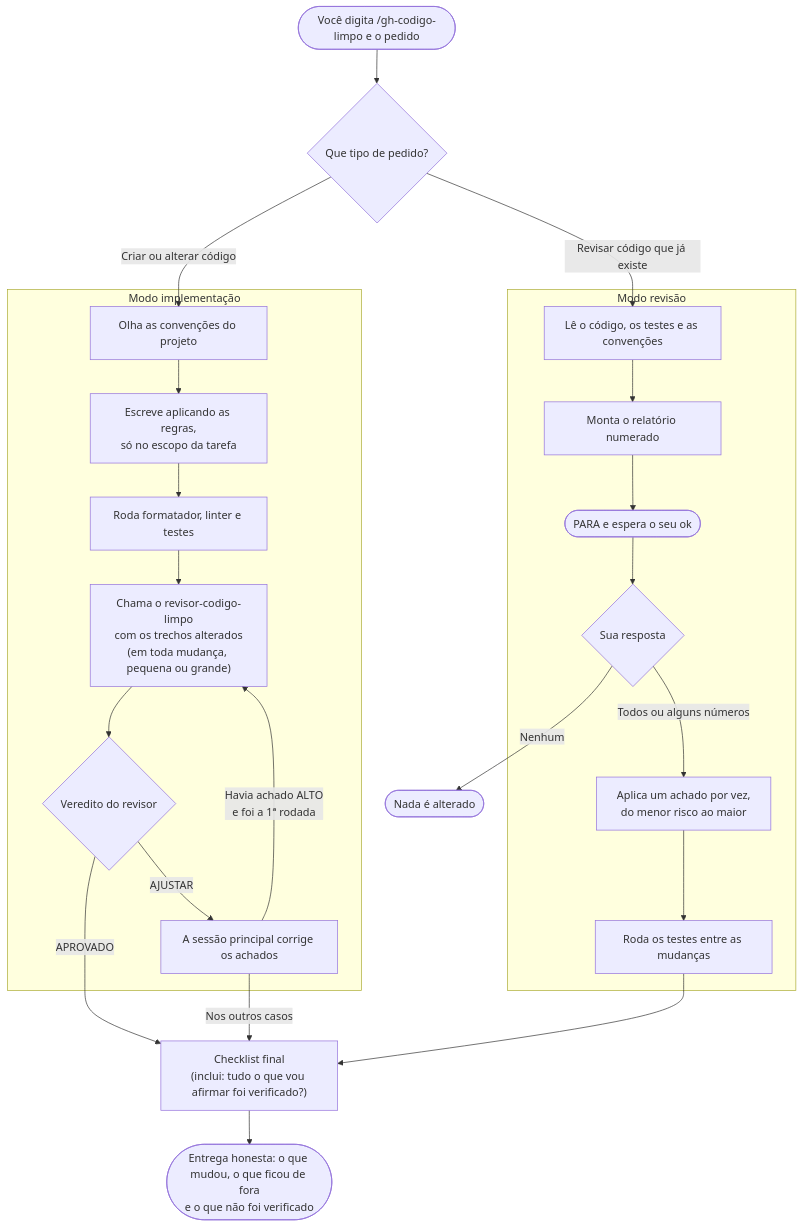
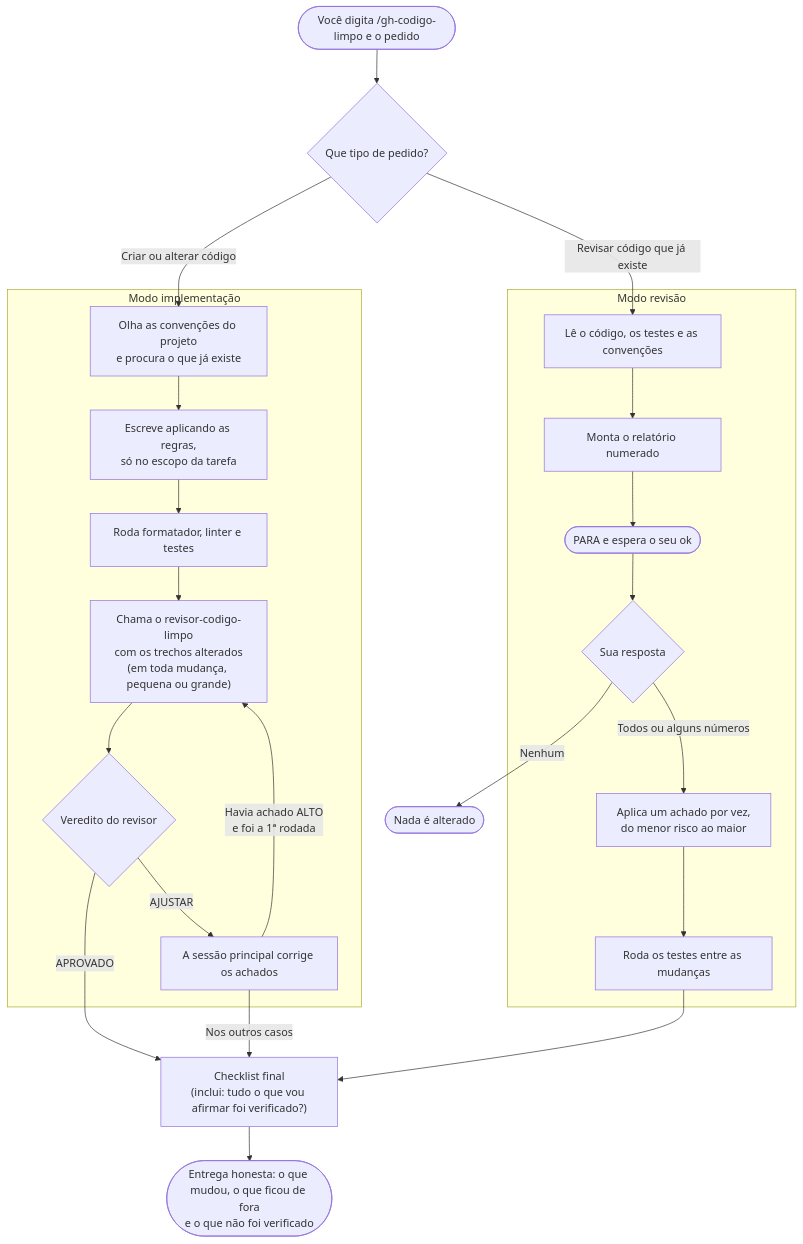
Before and after one commit to GuilhermeOliveira0/gh-codigo-limpo: the diagram in README.md, drawn with Mermaid. The commit also changed other lines of this file, not shown here.

````diff
--- a/README.md
+++ b/README.md
@@ -23,31 +23,31 @@
 ```mermaid
 flowchart TD
     inicio(["Você digita /gh-codigo-limpo e o pedido"]) --> tipo{"Que tipo de pedido?"}
 
     tipo -->|"Criar ou alterar código"| i1
     tipo -->|"Revisar código que já existe"| r1
 
     subgraph implementacao ["Modo implementação"]
-        i1["Olha as convenções do projeto"] --> i2["Escreve aplicando as regras,<br/>só no escopo da tarefa"]
+        i1["Olha as convenções do projeto<br/>e procura o que já existe"] --> i2["Escreve aplicando as regras,<br/>só no escopo da tarefa"]
         i2 --> i3["Roda formatador, linter e testes"]
         i3 --> v1["Chama o revisor-codigo-limpo<br/>com os trechos alterados<br/>(em toda mudança, pequena ou grande)"]
         v1 --> v2{"Veredito do revisor"}
         v2 -->|"AJUSTAR"| v3["A sessão principal corrige os achados"]
         v3 -->|"Havia achado ALTO<br/>e foi a 1ª rodada"| v1
     end
 
     subgraph revisao ["Modo revisão"]
         r1["Lê o código, os testes e as convenções"] --> r2["Monta o relatório numerado"]
         r2 --> r3(["PARA e espera o seu ok"])
         r3 --> r4{"Sua resposta"}
         r4 -->|"Todos ou alguns números"| r5["Aplica um achado por vez,<br/>do menor risco ao maior"]
         r5 --> r6["Roda os testes entre as mudanças"]
     end
 
     v2 -->|"APROVADO"| checklist
     v3 -->|"Nos outros casos"| checklist
     r6 --> checklist
     r4 -->|"Nenhum"| semMudanca(["Nada é alterado"])
 
     checklist["Checklist final<br/>(inclui: tudo o que vou afirmar foi verificado?)"] --> entrega(["Entrega honesta: o que mudou, o que ficou de fora<br/>e o que não foi verificado"])
 ```
````
